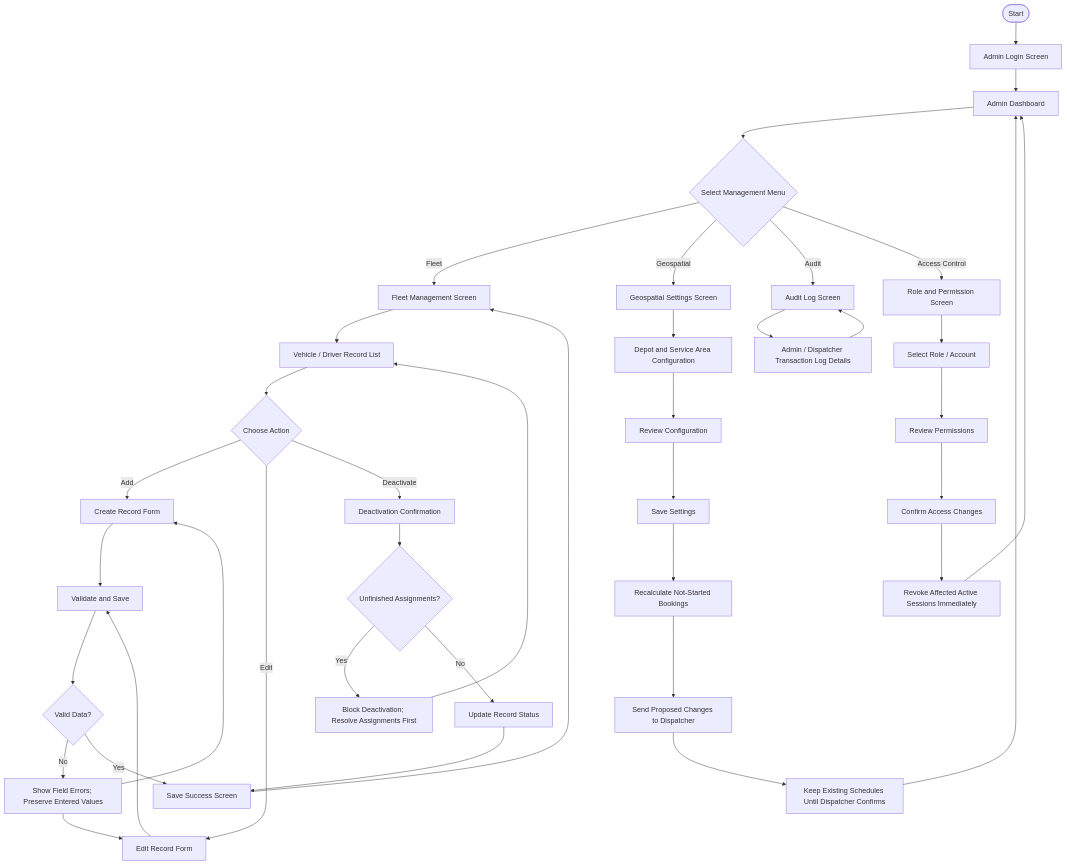
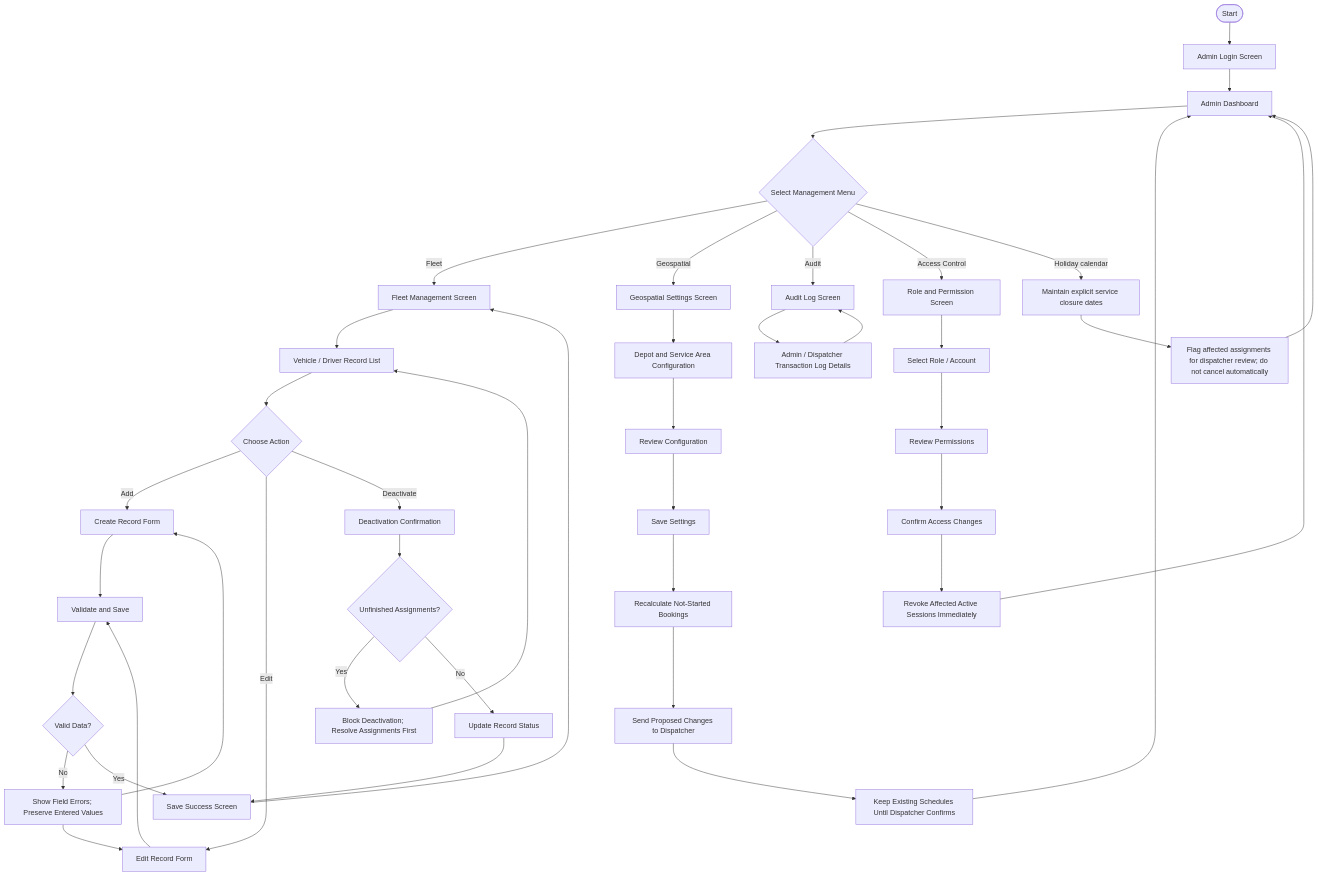
The diagram in reference_files/userflows/Administrator.md (NITHIKORN-SUTTANU/Patient_Transfer_BanKlang), drawn with Mermaid before and after one commit. The commit also changed 214 other files, not shown here.

````diff
--- a/reference_files/userflows/Administrator.md
+++ b/reference_files/userflows/Administrator.md
@@ -2,44 +2,47 @@
 ```mermaid
 
 flowchart TD
     A([Start]) --> B["Admin Login Screen"]
     B --> C["Admin Dashboard"]
     C --> D{"Select Management Menu"}
     D -->|Fleet| E["Fleet Management Screen"]
     D -->|Geospatial| F["Geospatial Settings Screen"]
     D -->|Audit| G["Audit Log Screen"]
     D -->|Access Control| H["Role and Permission Screen"]
     E --> I["Vehicle / Driver Record List"]
     I --> J{"Choose Action"}
     J -->|Add| K["Create Record Form"]
     J -->|Edit| L["Edit Record Form"]
     J -->|Deactivate| M["Deactivation Confirmation"]
     K --> N["Validate and Save"]
     L --> N
     M --> MG{"Unfinished Assignments?"}
     MG -->|Yes| MH["Block Deactivation; Resolve Assignments First"]
     MH --> I
     MG -->|No| O["Update Record Status"]
     N --> P{"Valid Data?"}
     P -->|No| PE["Show Field Errors; Preserve Entered Values"]
     PE --> K
     PE --> L
     P -->|Yes| Q["Save Success Screen"]
     O --> Q
     Q --> E
     F --> R["Depot and Service Area Configuration"]
     R --> S["Review Configuration"]
     S --> T["Save Settings"]
     T --> TI["Recalculate Not-Started Bookings"]
     TI --> TJ["Send Proposed Changes to Dispatcher"]
     TJ --> TK["Keep Existing Schedules Until Dispatcher Confirms"]
     TK --> C
     G --> U["Admin / Dispatcher Transaction Log Details"]
     U --> G
     H --> V["Select Role / Account"]
     V --> W["Review Permissions"]
     W --> X["Confirm Access Changes"]
     X --> XA["Revoke Affected Active Sessions Immediately"]
     XA --> C
+    D -->|Holiday calendar| HC["Maintain explicit service closure dates"]
+    HC --> HR["Flag affected assignments for dispatcher review; do not cancel automatically"]
+    HR --> C
 
 ```
````
